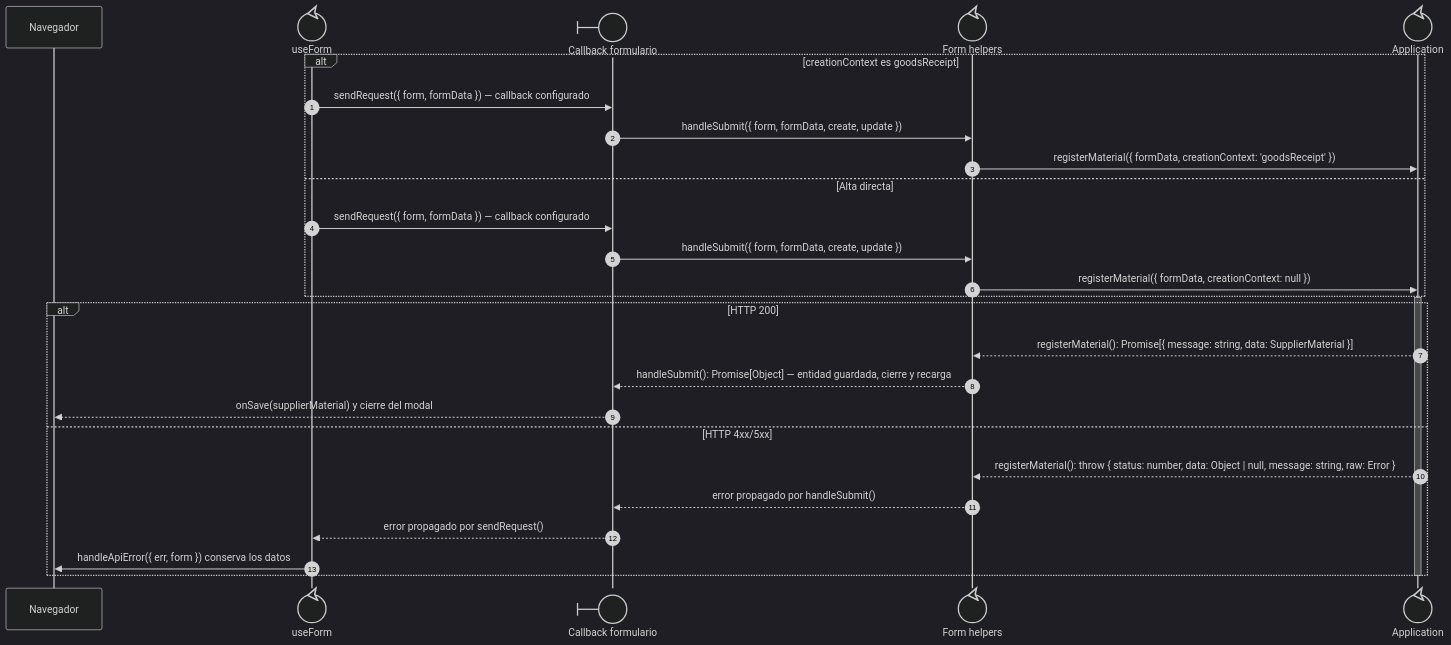
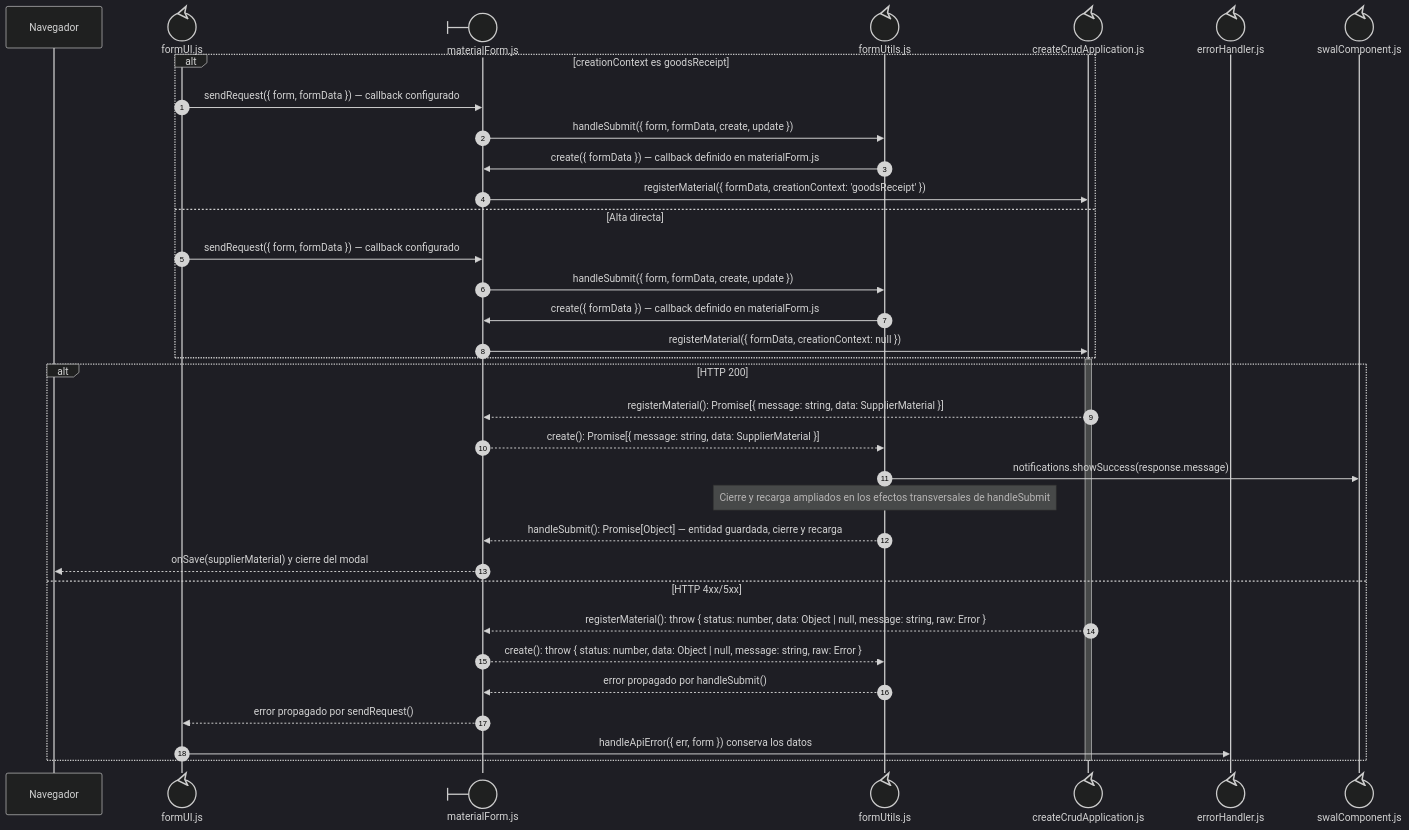
Before and after one commit to gpgsistemas01/nexus: the third of 4 diagrams in docs/architecture/views/processes/frontend-code-sequences/catalogs/cu-alm-02.md, drawn with Mermaid (dark theme). The commit also changed other lines of this file and 192 other files, not shown here.

Commit message:
docs: make sequence file ownership explicit and align code flows

````diff
--- a/docs/architecture/views/processes/frontend-code-sequences/catalogs/cu-alm-02.md
+++ b/docs/architecture/views/processes/frontend-code-sequences/catalogs/cu-alm-02.md
@@ -79,31 +155,41 @@
 ```mermaid
 sequenceDiagram
     autonumber
     participant Browser as Navegador
-    participant Form@{ "type": "control" } as useForm
-    participant View@{ "type": "boundary" } as Callback formulario
-    participant FormUtils@{ "type": "control" } as Form helpers
-    participant Application@{ "type": "control" } as Application
+    participant Form@{ "type": "control" } as formUI.js
+    participant View@{ "type": "boundary" } as materialForm.js
+    participant FormUtils@{ "type": "control" } as formUtils.js
+    participant Application@{ "type": "control" } as createCrudApplication.js
 
         alt creationContext es goodsReceipt
+    participant FileErrorHandler@{ "type": "control" } as errorHandler.js
+
+    participant FileSwalComponent@{ "type": "control" } as swalComponent.js
+
             Form->>View: sendRequest({ form, formData }) — callback configurado
             View->>FormUtils: handleSubmit({ form, formData, create, update })
-            FormUtils->>Application: registerMaterial({ formData, creationContext: 'goodsReceipt' })
+            FormUtils->>View: create({ formData }) — callback definido en materialForm.js
+            View->>Application: registerMaterial({ formData, creationContext: 'goodsReceipt' })
         else Alta directa
             Form->>View: sendRequest({ form, formData }) — callback configurado
             View->>FormUtils: handleSubmit({ form, formData, create, update })
-            FormUtils->>Application: registerMaterial({ formData, creationContext: null })
+            FormUtils->>View: create({ formData }) — callback definido en materialForm.js
+            View->>Application: registerMaterial({ formData, creationContext: null })
     end
         activate Application
         alt HTTP 200
-            Application-->>FormUtils: registerMaterial(): Promise[{ message: string, data: SupplierMaterial }]
+            Application-->>View: registerMaterial(): Promise[{ message: string, data: SupplierMaterial }]
+            View-->>FormUtils: create(): Promise[{ message: string, data: SupplierMaterial }]
+            FormUtils->>FileSwalComponent: notifications.showSuccess(response.message)
+            Note over FormUtils: Cierre y recarga ampliados en los efectos transversales de handleSubmit
             FormUtils-->>View: handleSubmit(): Promise[Object] — entidad guardada, cierre y recarga
             View-->>Browser: onSave(supplierMaterial) y cierre del modal
         else HTTP 4xx/5xx
-            Application-->>FormUtils: registerMaterial(): throw { status: number, data: Object | null, message: string, raw: Error }
+            Application-->>View: registerMaterial(): throw { status: number, data: Object | null, message: string, raw: Error }
+            View-->>FormUtils: create(): throw { status: number, data: Object | null, message: string, raw: Error }
             FormUtils-->>View: error propagado por handleSubmit()
             View-->>Form: error propagado por sendRequest()
-            Form->>Browser: handleApiError({ err, form }) conserva los datos
+            Form->>FileErrorHandler: handleApiError({ err, form }) conserva los datos
     end
         deactivate Application
 ```
````
